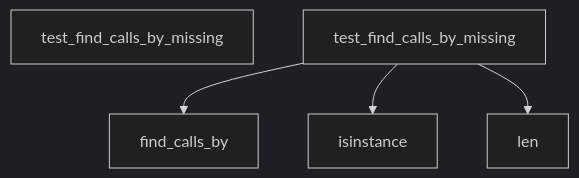
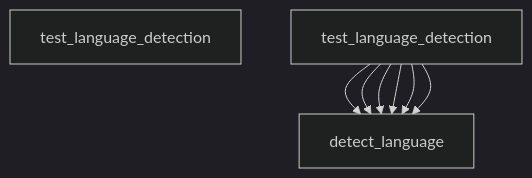
Before and after one commit to hazalkoom/DECODEx01: diagram 24 of 26 in docs/DATA_FLOW.md, drawn with Mermaid (dark theme). The commit also changed other lines of this file and 15 other files, not shown here.

Commit message:
feat: NLG phases 2-4 - API scanner, few-shot schema, and story generator

````diff
--- a/docs/DATA_FLOW.md
+++ b/docs/DATA_FLOW.md
@@ -833,17 +819,29 @@
 ```mermaid
 graph TD
-    Start[test_find_calls_by_missing]
+    Start[test_language_detection]
 
 
-    test_find_calls_by_missing --> find_calls_by
+    test_language_detection --> detect_language
 
 
 
-    test_find_calls_by_missing --> isinstance
+    test_language_detection --> detect_language
 
 
 
-    test_find_calls_by_missing --> len
+    test_language_detection --> detect_language
+
+
+
+    test_language_detection --> detect_language
+
+
+
+    test_language_detection --> detect_language
+
+
+
+    test_language_detection --> detect_language
 
 
 ```
````
